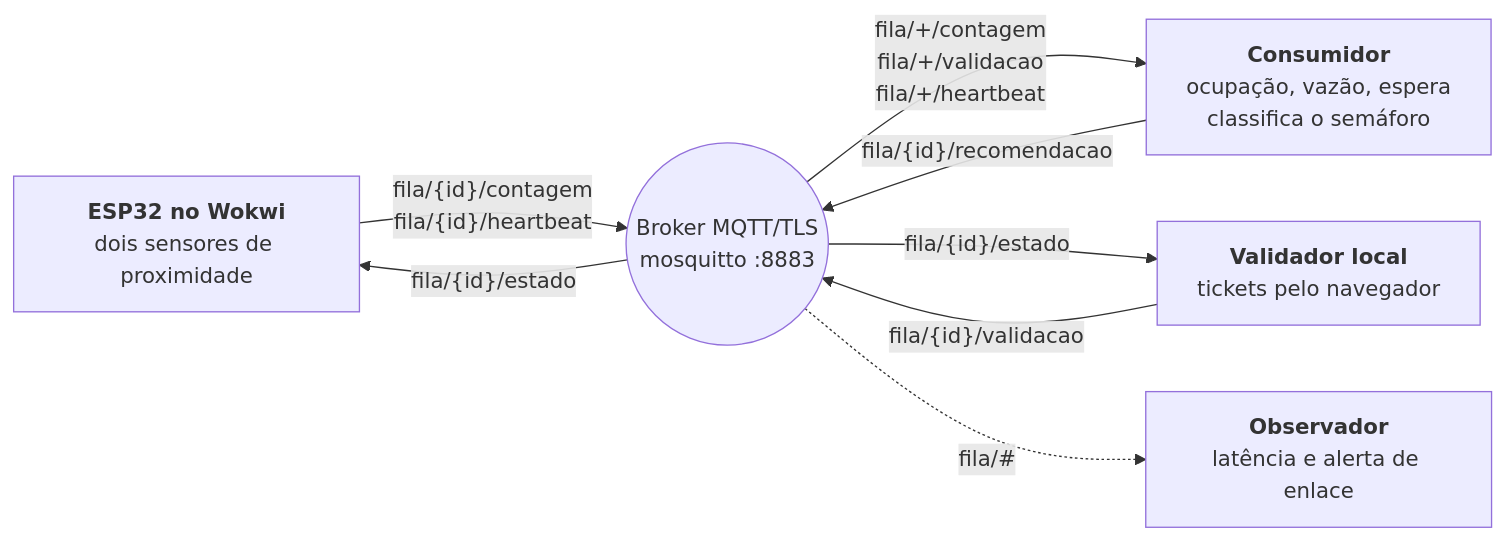
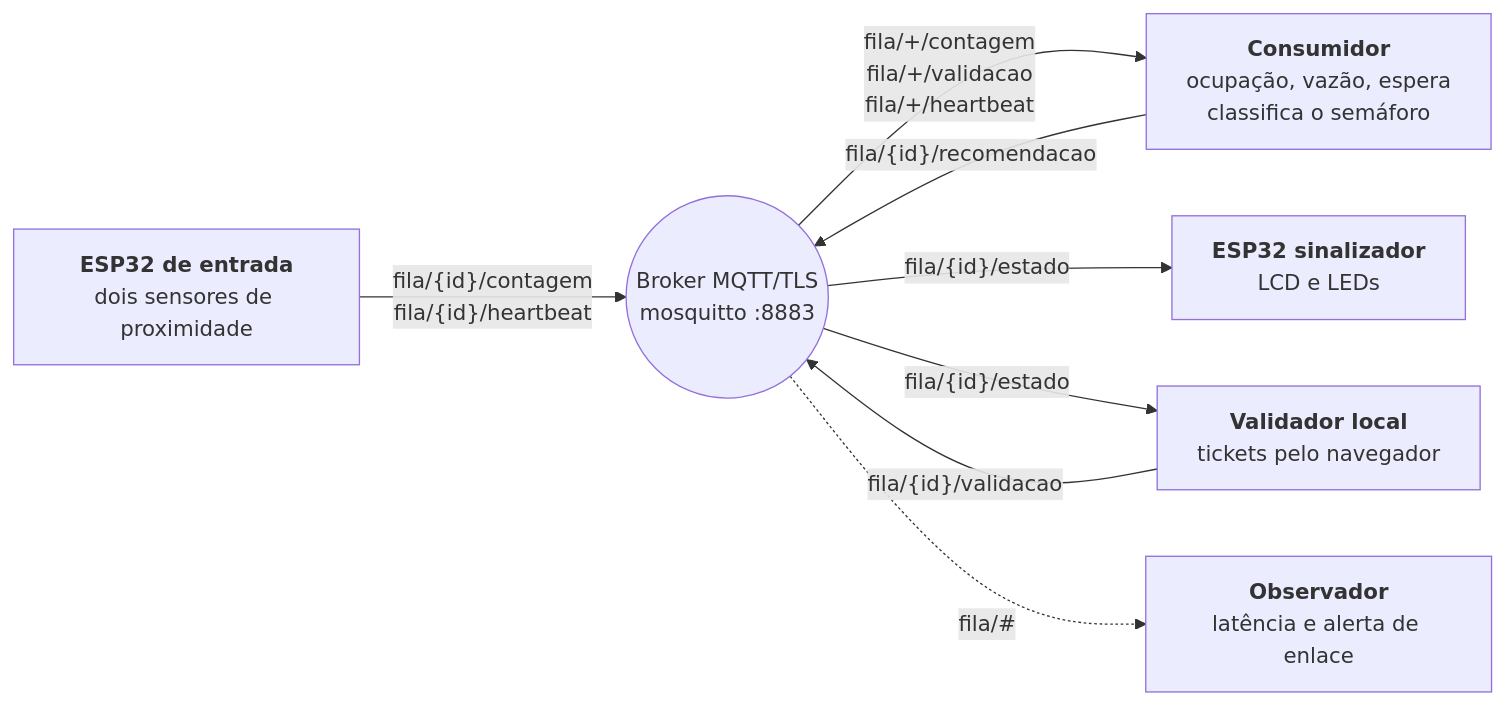
Before and after one commit to UFG-INF-SSU-2026/Leite-de-Pedra: the diagram in README.md, drawn with Mermaid. The commit also changed other lines of this file, not shown here.

Commit message:
docs: explicar dois circuitos e tolerancia do heartbeat

````diff
--- a/README.md
+++ b/README.md
@@ -12,16 +12,17 @@
 ```mermaid
 flowchart LR
-    P["<b>ESP32 no Wokwi</b><br/>dois sensores de proximidade"]
+    P["<b>ESP32 de entrada</b><br/>dois sensores de proximidade"]
+    S["<b>ESP32 sinalizador</b><br/>LCD e LEDs"]
     V["<b>Validador local</b><br/>tickets pelo navegador"]
     B(("Broker MQTT/TLS<br/>mosquitto :8883"))
     C["<b>Consumidor</b><br/>ocupação, vazão, espera<br/>classifica o semáforo"]
     O["<b>Observador</b><br/>latência e alerta de enlace"]
 
     P -- "fila/{id}/contagem<br/>fila/{id}/heartbeat" --> B
     V -- "fila/{id}/validacao" --> B
     B -- "fila/+/contagem<br/>fila/+/validacao<br/>fila/+/heartbeat" --> C
     C -- "fila/{id}/recomendacao" --> B
-    B -- "fila/{id}/estado" --> P
+    B -- "fila/{id}/estado" --> S
     B -- "fila/{id}/estado" --> V
     B -. "fila/#" .-> O
 ```
````
